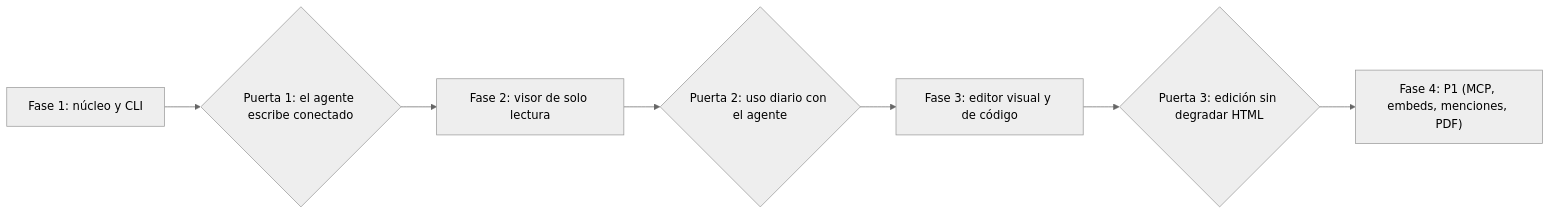
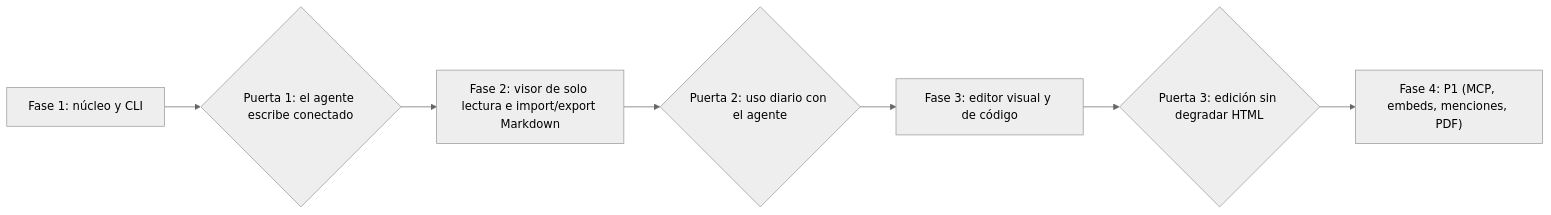
One commit to antonioaren/gaveta changed the third of 3 diagrams in docs/PRD.md. Above: the diagram before and after it, drawn with Mermaid (neutral theme). The commit also changed other lines of this file and 2 other files, not shown here.

````diff
--- a/docs/PRD.md
+++ b/docs/PRD.md
@@ -366,9 +384,9 @@
 ```mermaid
 flowchart LR
   F1["Fase 1: núcleo y CLI"] --> G1{"Puerta 1: el agente escribe conectado"}
-  G1 --> F2["Fase 2: visor de solo lectura"]
+  G1 --> F2["Fase 2: visor de solo lectura e import/export Markdown"]
   F2 --> G2{"Puerta 2: uso diario con el agente"}
   G2 --> F3["Fase 3: editor visual y de código"]
   F3 --> G3{"Puerta 3: edición sin degradar HTML"}
   G3 --> F4["Fase 4: P1 (MCP, embeds, menciones, PDF)"]
 ```
````
